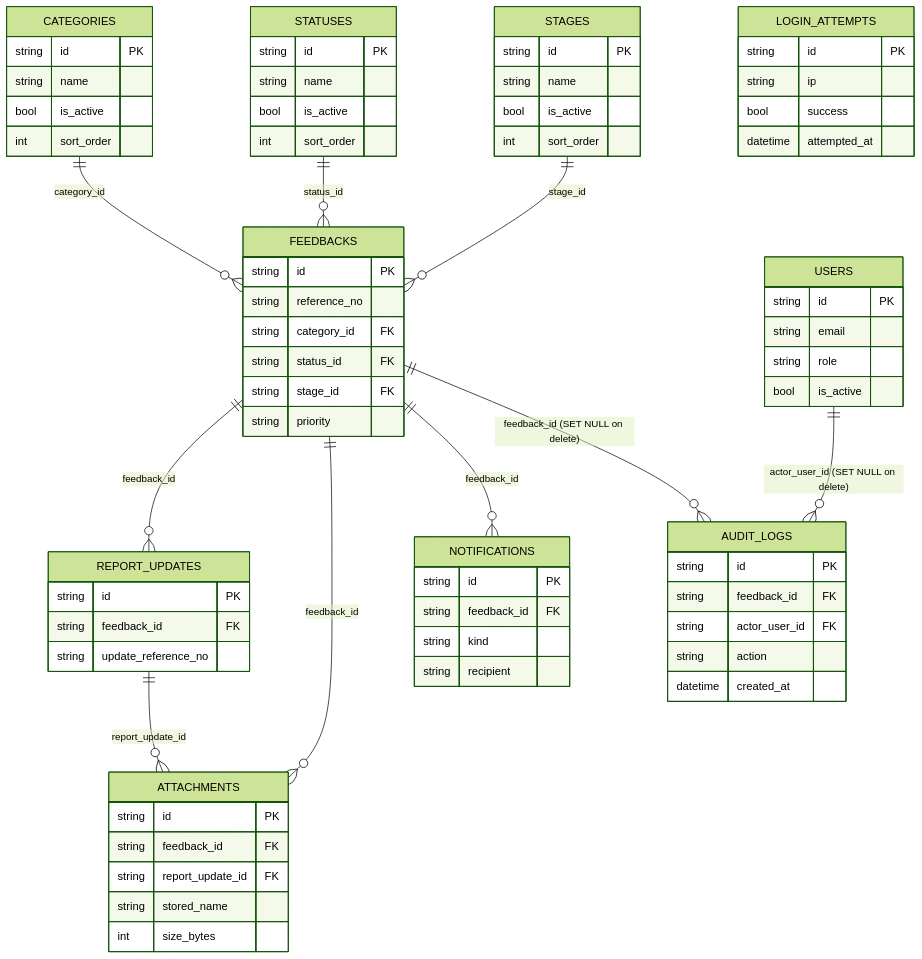
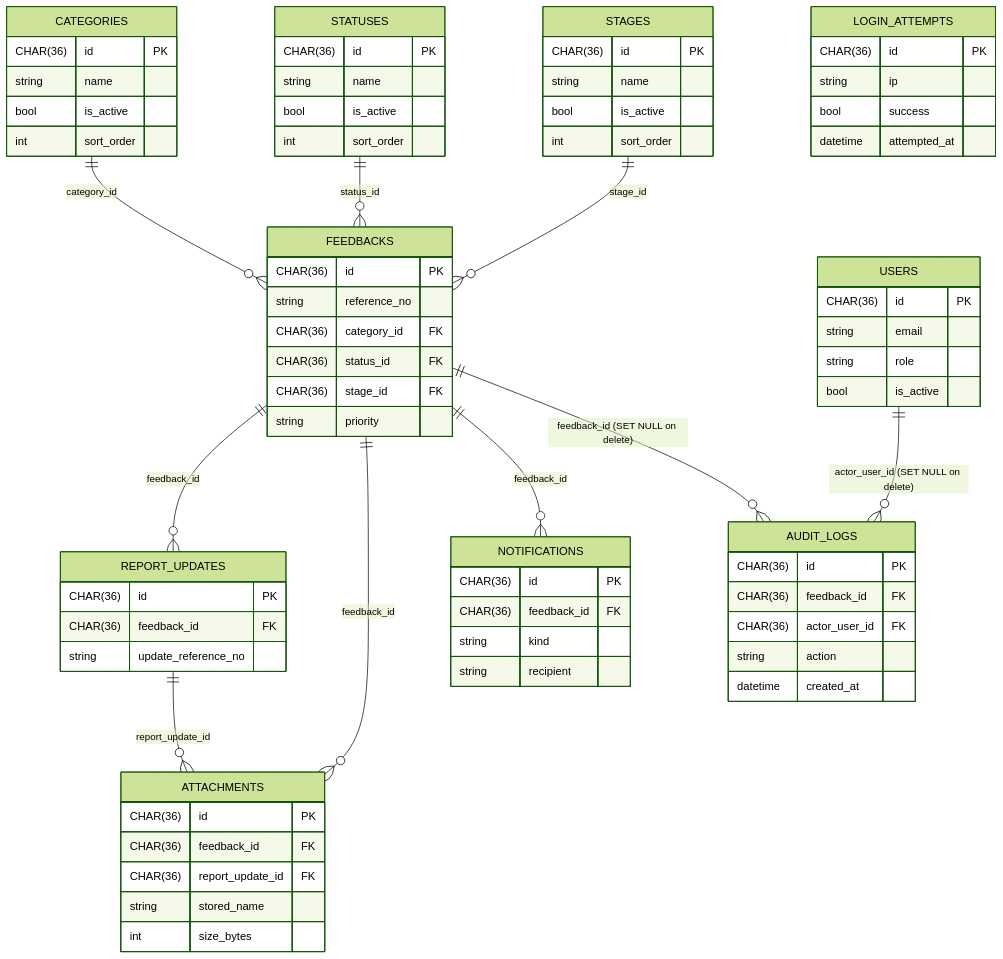
Before and after one commit to siya24/AnonymousFeedbackTool: the third of 4 diagrams in TECHNICAL_DESIGN.md, drawn with Mermaid (forest theme). The commit also changed 1 other file, not shown here.

Commit message:
docs: use CHAR(36) datatype in ER id fields

````diff
--- a/TECHNICAL_DESIGN.md
+++ b/TECHNICAL_DESIGN.md
@@ -139,76 +139,76 @@
 ```mermaid
 erDiagram
   CATEGORIES ||--o{ FEEDBACKS : "category_id"
   STATUSES ||--o{ FEEDBACKS : "status_id"
   STAGES ||--o{ FEEDBACKS : "stage_id"
   FEEDBACKS ||--o{ REPORT_UPDATES : "feedback_id"
   FEEDBACKS ||--o{ ATTACHMENTS : "feedback_id"
   REPORT_UPDATES ||--o{ ATTACHMENTS : "report_update_id"
   FEEDBACKS ||--o{ NOTIFICATIONS : "feedback_id"
   FEEDBACKS ||--o{ AUDIT_LOGS : "feedback_id (SET NULL on delete)"
   USERS ||--o{ AUDIT_LOGS : "actor_user_id (SET NULL on delete)"
 
   CATEGORIES {
-    string id PK
+    CHAR(36) id PK
     string name
     bool is_active
     int sort_order
   }
   STATUSES {
-    string id PK
+    CHAR(36) id PK
     string name
     bool is_active
     int sort_order
   }
   STAGES {
-    string id PK
+    CHAR(36) id PK
     string name
     bool is_active
     int sort_order
   }
   FEEDBACKS {
-    string id PK
+    CHAR(36) id PK
     string reference_no
-    string category_id FK
-    string status_id FK
-    string stage_id FK
+    CHAR(36) category_id FK
+    CHAR(36) status_id FK
+    CHAR(36) stage_id FK
     string priority
   }
   REPORT_UPDATES {
-    string id PK
-    string feedback_id FK
+    CHAR(36) id PK
+    CHAR(36) feedback_id FK
     string update_reference_no
   }
   ATTACHMENTS {
-    string id PK
-    string feedback_id FK
-    string report_update_id FK
+    CHAR(36) id PK
+    CHAR(36) feedback_id FK
+    CHAR(36) report_update_id FK
     string stored_name
     int size_bytes
   }
   NOTIFICATIONS {
-    string id PK
-    string feedback_id FK
+    CHAR(36) id PK
+    CHAR(36) feedback_id FK
     string kind
     string recipient
   }
   AUDIT_LOGS {
-    string id PK
-    string feedback_id FK
-    string actor_user_id FK
+    CHAR(36) id PK
+    CHAR(36) feedback_id FK
+    CHAR(36) actor_user_id FK
     string action
     datetime created_at
   }
   USERS {
-    string id PK
+    CHAR(36) id PK
     string email
     string role
     bool is_active
   }
   LOGIN_ATTEMPTS {
-    string id PK
+    CHAR(36) id PK
     string ip
     bool success
     datetime attempted_at
   }
 ```
````
